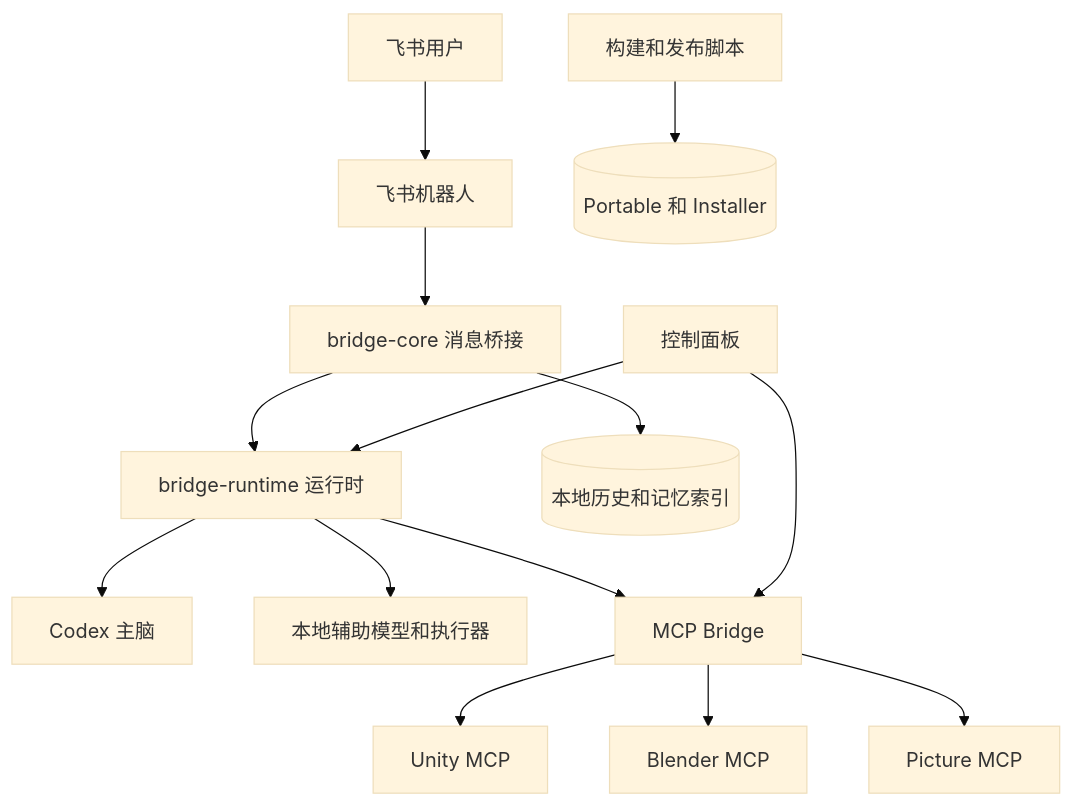
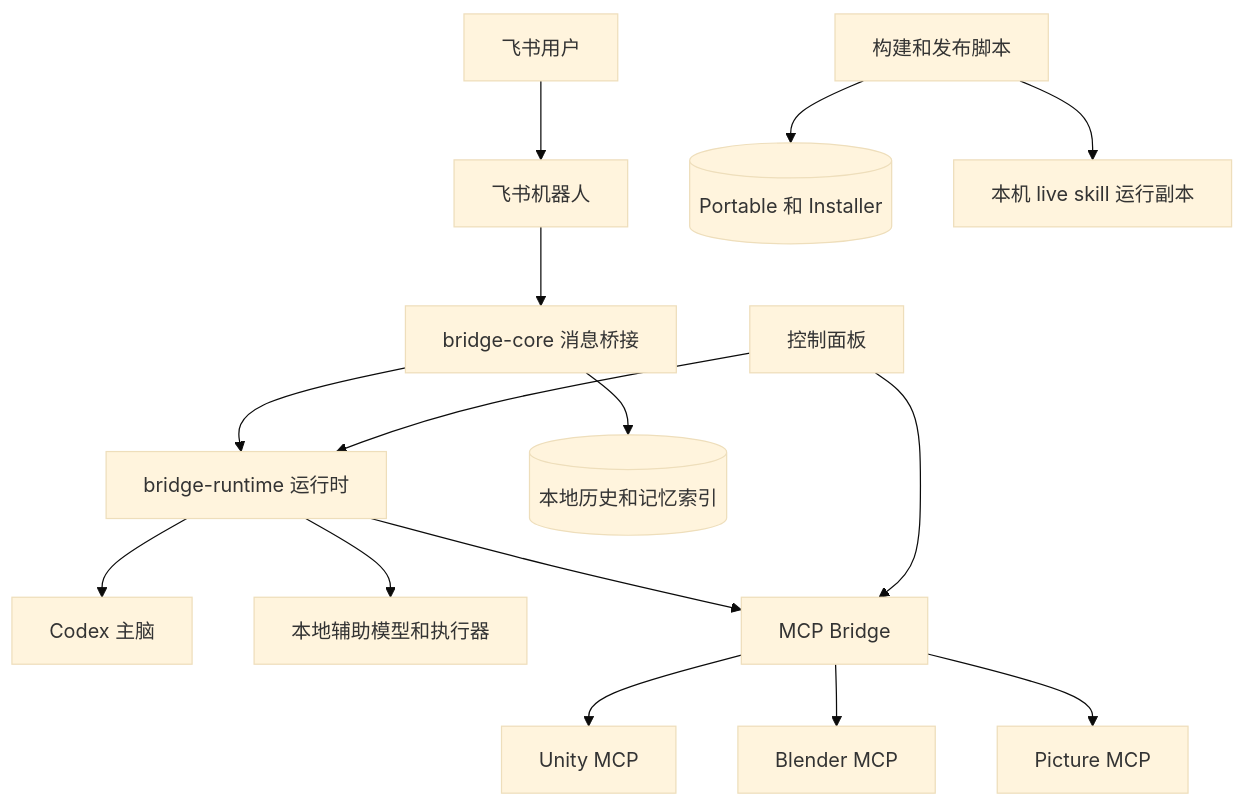
One commit to dddfuxi/codex-im-suite changed the first of 6 diagrams in release/installer/payload/docs/PROJECT-ARCHITECTURE.md. Above: the diagram before and after it, drawn with Mermaid (base theme). The commit also changed other lines of this file and 46 other files, not shown here.

````diff
--- a/release/installer/payload/docs/PROJECT-ARCHITECTURE.md
+++ b/release/installer/payload/docs/PROJECT-ARCHITECTURE.md
@@ -27,16 +27,17 @@
 ```mermaid
 flowchart TD
   FeishuUser[飞书用户] --> FeishuBot[飞书机器人]
   FeishuBot --> BridgeCore[bridge-core 消息桥接]
   BridgeCore --> BridgeRuntime[bridge-runtime 运行时]
   BridgeRuntime --> CodexBrain[Codex 主脑]
   BridgeRuntime --> LocalHelper[本地辅助模型和执行器]
   BridgeRuntime --> McpBridge[MCP Bridge]
   McpBridge --> UnityMcp[Unity MCP]
   McpBridge --> BlenderMcp[Blender MCP]
   McpBridge --> PictureMcp[Picture MCP]
   BridgeCore --> LocalHistory[(本地历史和记忆索引)]
   ControlPanel[控制面板] --> BridgeRuntime
   ControlPanel --> McpBridge
   Scripts[构建和发布脚本] --> Release[(Portable 和 Installer)]
+  Scripts --> LiveSkill[本机 live skill 运行副本]
 ```
````
